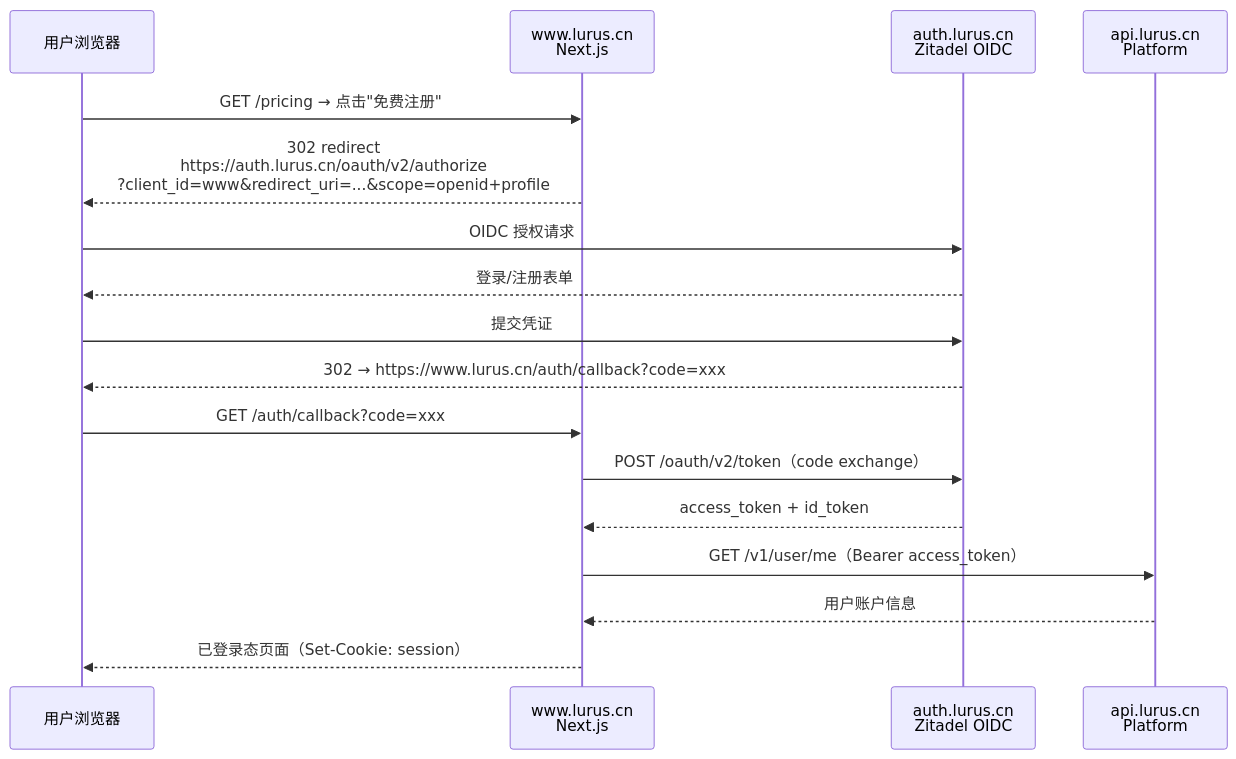
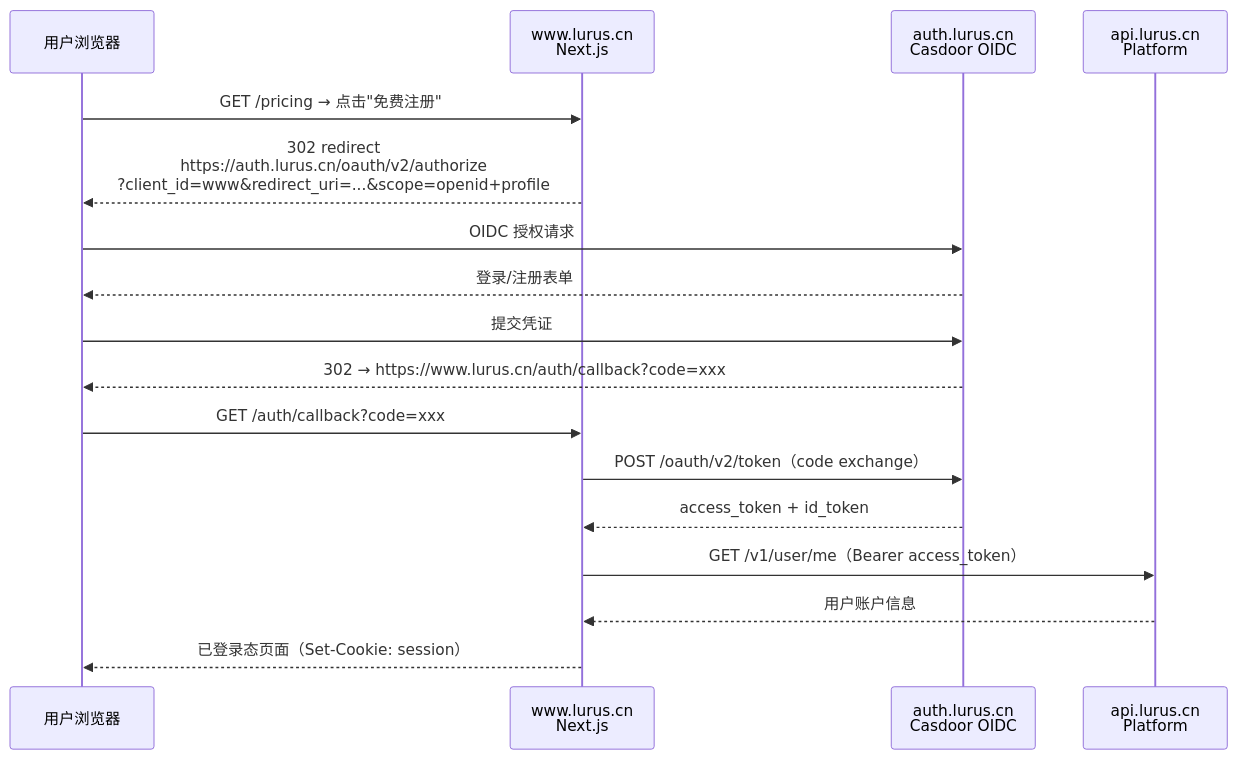
One commit to hanmahong5-arch/lurus-docs changed the seventh of 8 diagrams in internal/products/web.md. Above: the diagram before and after it, drawn with Mermaid. The commit also changed other lines of this file and 30 other files, not shown here.

Commit message:
docs(internal): IdP 术语同步 Zitadel → Casdoor(vendor-neutral OIDC 迁移文档面)

````diff
--- a/internal/products/web.md
+++ b/internal/products/web.md
@@ -626,20 +626,20 @@
 ```mermaid
 sequenceDiagram
     participant U as 用户浏览器
     participant WWW as www.lurus.cn<br/>Next.js
-    participant AUTH as auth.lurus.cn<br/>Zitadel OIDC
+    participant AUTH as auth.lurus.cn<br/>Casdoor OIDC
     participant PLAT as api.lurus.cn<br/>Platform
 
     U->>WWW: GET /pricing → 点击"免费注册"
     WWW-->>U: 302 redirect<br/>https://auth.lurus.cn/oauth/v2/authorize<br/>?client_id=www&redirect_uri=...&scope=openid+profile
     U->>AUTH: OIDC 授权请求
     AUTH-->>U: 登录/注册表单
     U->>AUTH: 提交凭证
     AUTH-->>U: 302 → https://www.lurus.cn/auth/callback?code=xxx
     U->>WWW: GET /auth/callback?code=xxx
     WWW->>AUTH: POST /oauth/v2/token（code exchange）
     AUTH-->>WWW: access_token + id_token
     WWW->>PLAT: GET /v1/user/me（Bearer access_token）
     PLAT-->>WWW: 用户账户信息
     WWW-->>U: 已登录态页面（Set-Cookie: session）
 ```
````
